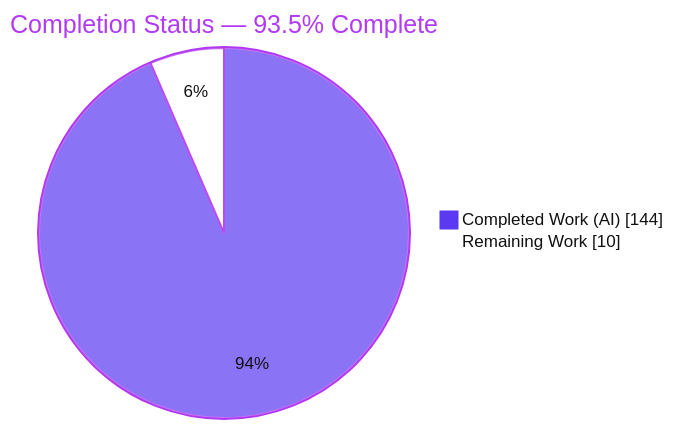
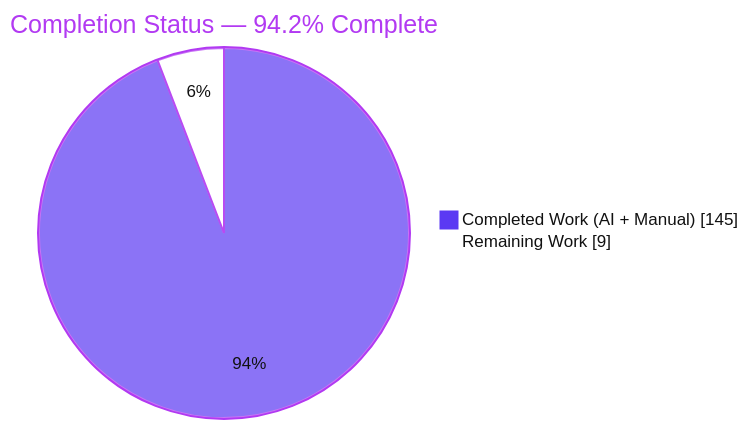
The first of 3 diagrams in blitzy/documentation/Project Guide.md (blitzy-public-samples/aws-carddemo-blitzy), drawn with Mermaid before and after one commit. The commit also changed other lines of this file and 5 other files, not shown here.

````diff
--- a/blitzy/documentation/Project Guide.md
+++ b/blitzy/documentation/Project Guide.md
@@ -16,6 +16,6 @@
 ```mermaid
 %%{init: {'theme':'base','themeVariables':{'pie1':'#5B39F3','pie2':'#FFFFFF','pieStrokeColor':'#B23AF2','pieStrokeWidth':'2px','pieOuterStrokeColor':'#B23AF2','pieOuterStrokeWidth':'2px','pieTitleTextColor':'#B23AF2','pieSectionTextColor':'#111111','pieLegendTextColor':'#111111'}}}%%
-pie showData title Completion Status — 93.5% Complete
-    "Completed Work (AI)" : 144
-    "Remaining Work" : 10
+pie showData title Completion Status — 94.2% Complete
+    "Completed Work (AI + Manual)" : 145
+    "Remaining Work" : 9
 ```
````
